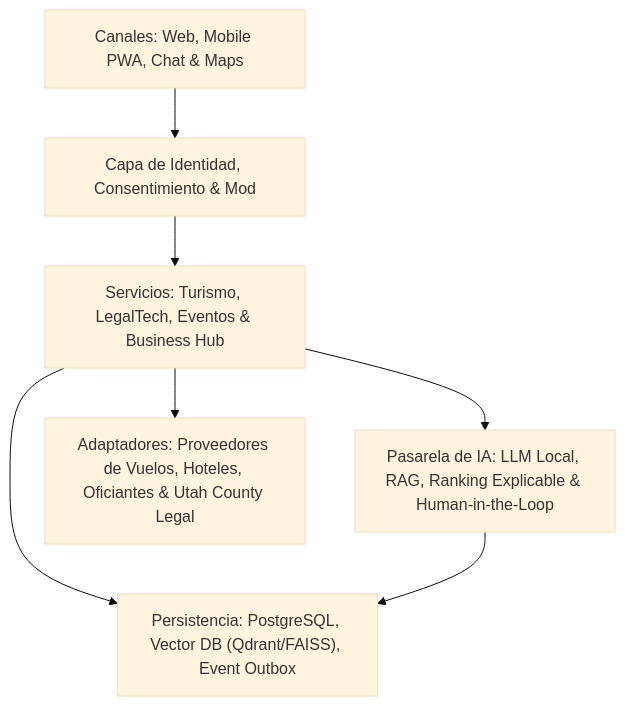
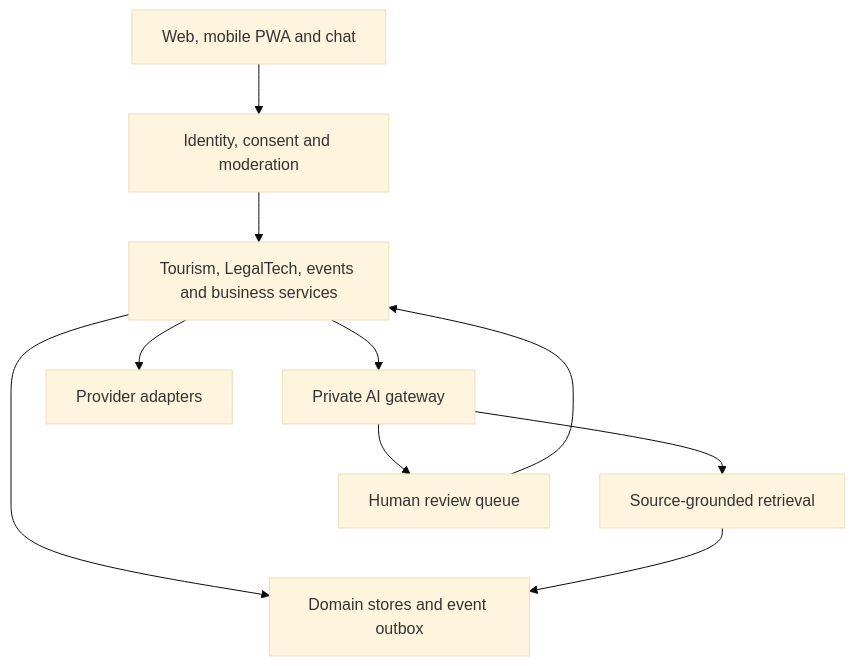
Before and after one commit to robotics-intelligent-systems/jfxai4mad: the second of 2 diagrams in README.md, drawn with Mermaid (base theme). The commit also changed other lines of this file and 1 other file, not shown here.

First line of the commit message:
docs: consolidate English overview and compare technology-hub incentives

````diff
--- a/README.md
+++ b/README.md
@@ -92,9 +78,12 @@
 ```mermaid
-flowchart TB
-    U["Canales: Web, Mobile PWA, Chat & Maps"] --> I["Capa de Identidad, Consentimiento & Mod"]
-    I --> S["Servicios: Turismo, LegalTech, Eventos & Business Hub"]
-    S --> A["Pasarela de IA: LLM Local, RAG, Ranking Explicable & Human-in-the-Loop"]
-    S --> P["Adaptadores: Proveedores de Vuelos, Hoteles, Oficiantes & Utah County Legal"]
-    S --> D["Persistencia: PostgreSQL, Vector DB (Qdrant/FAISS), Event Outbox"]
-    A --> D
+flowchart TD
+    U["Web, mobile PWA and chat"] --> I["Identity, consent and moderation"]
+    I --> S["Tourism, LegalTech, events and business services"]
+    S --> A["Private AI gateway"]
+    S --> P["Provider adapters"]
+    S --> D["Domain stores and event outbox"]
+    A --> R["Source-grounded retrieval"]
+    R --> D
+    A --> H["Human review queue"]
+    H --> S
 ```
````
